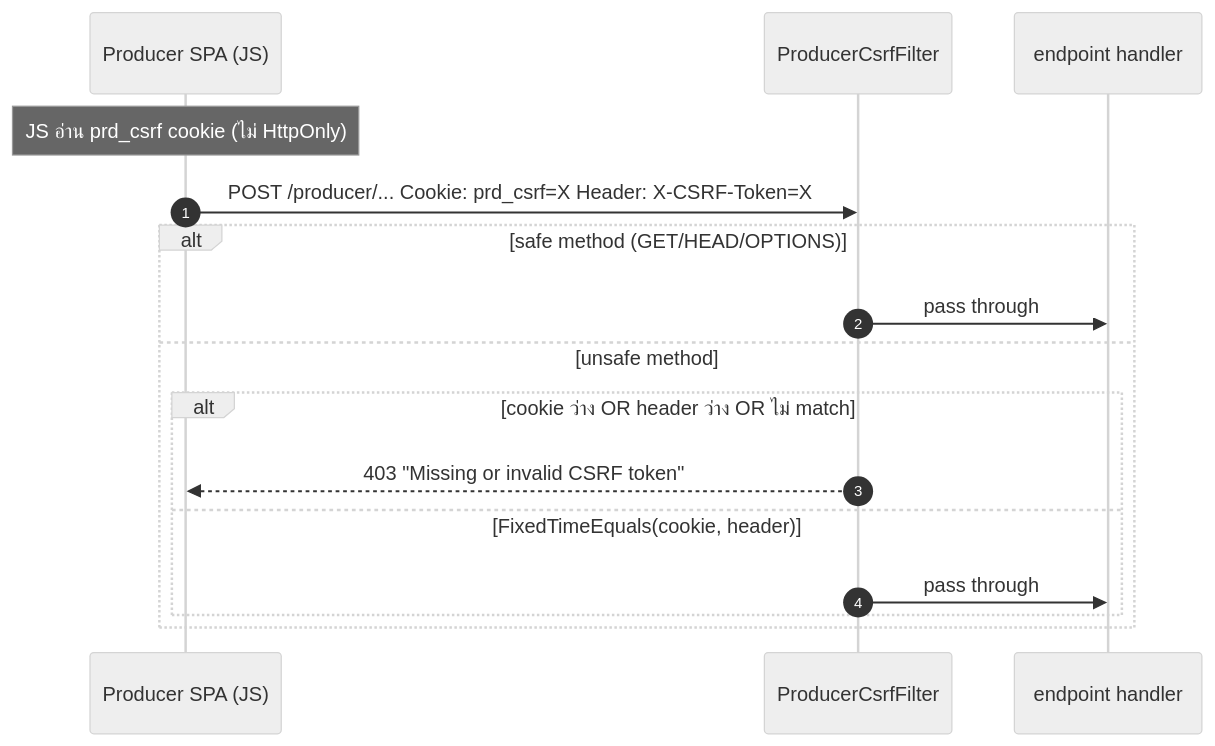
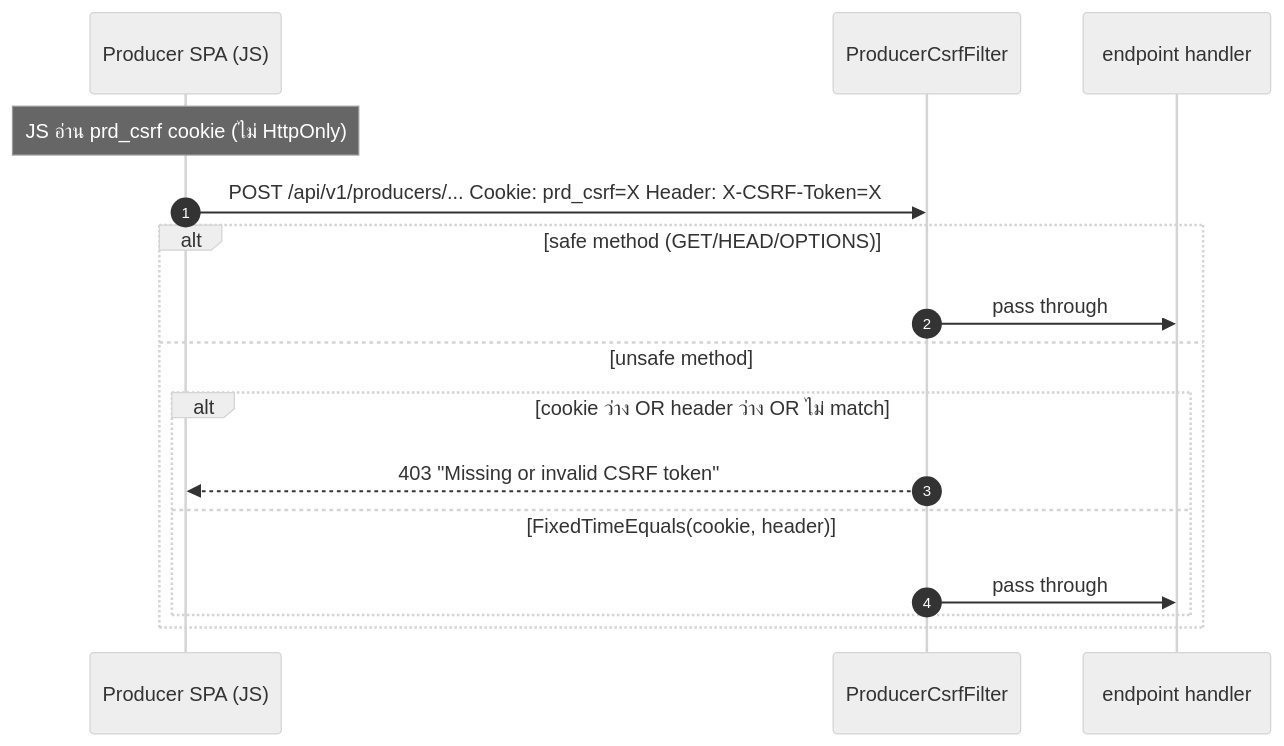
Before and after one commit to metrodiesign/pol-core: the sixth of 7 diagrams in docs/reference/producer-module.md, drawn with Mermaid (neutral theme). The commit also changed other lines of this file and 4 other files, not shown here.

````diff
--- a/docs/reference/producer-module.md
+++ b/docs/reference/producer-module.md
@@ -426,19 +426,19 @@
 ```mermaid
 sequenceDiagram
     autonumber
     participant SPA as Producer SPA (JS)
     participant F as ProducerCsrfFilter
     participant H as endpoint handler
 
     Note over SPA: JS อ่าน prd_csrf cookie (ไม่ HttpOnly)
-    SPA->>F: POST /producer/...  Cookie: prd_csrf=X  Header: X-CSRF-Token=X
+    SPA->>F: POST /api/v1/producers/...  Cookie: prd_csrf=X  Header: X-CSRF-Token=X
     alt safe method (GET/HEAD/OPTIONS)
         F->>H: pass through
     else unsafe method
         alt cookie ว่าง OR header ว่าง OR ไม่ match
             F-->>SPA: 403 "Missing or invalid CSRF token"
         else FixedTimeEquals(cookie, header)
             F->>H: pass through
         end
     end
 ```
````
